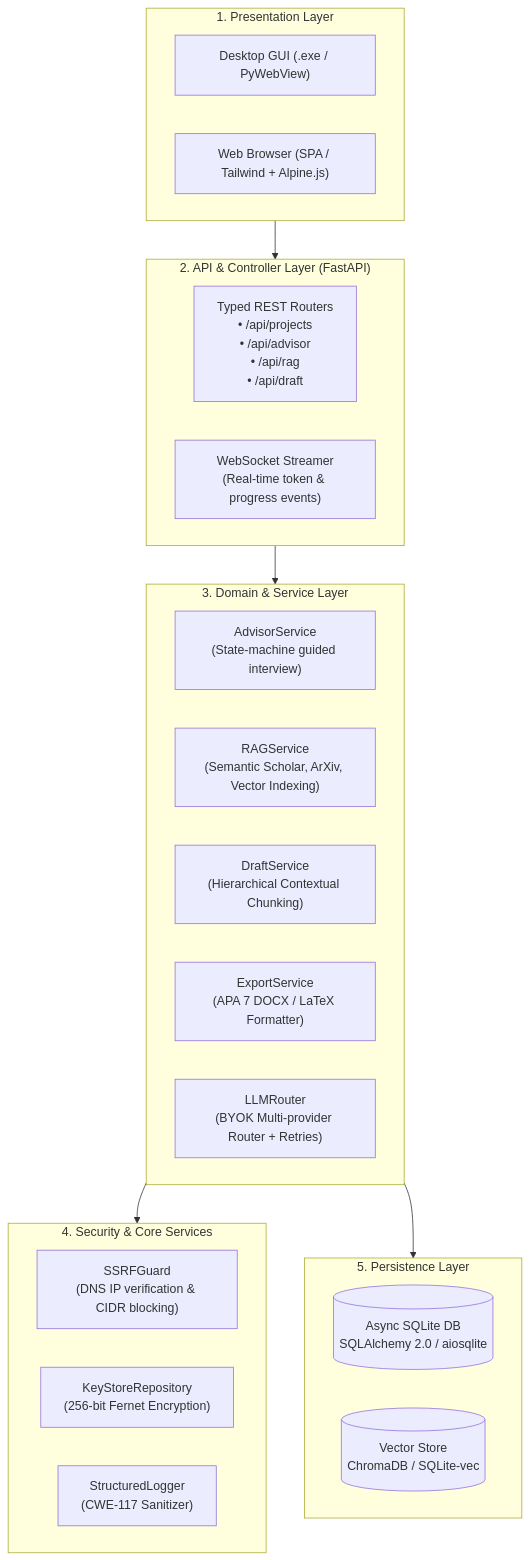
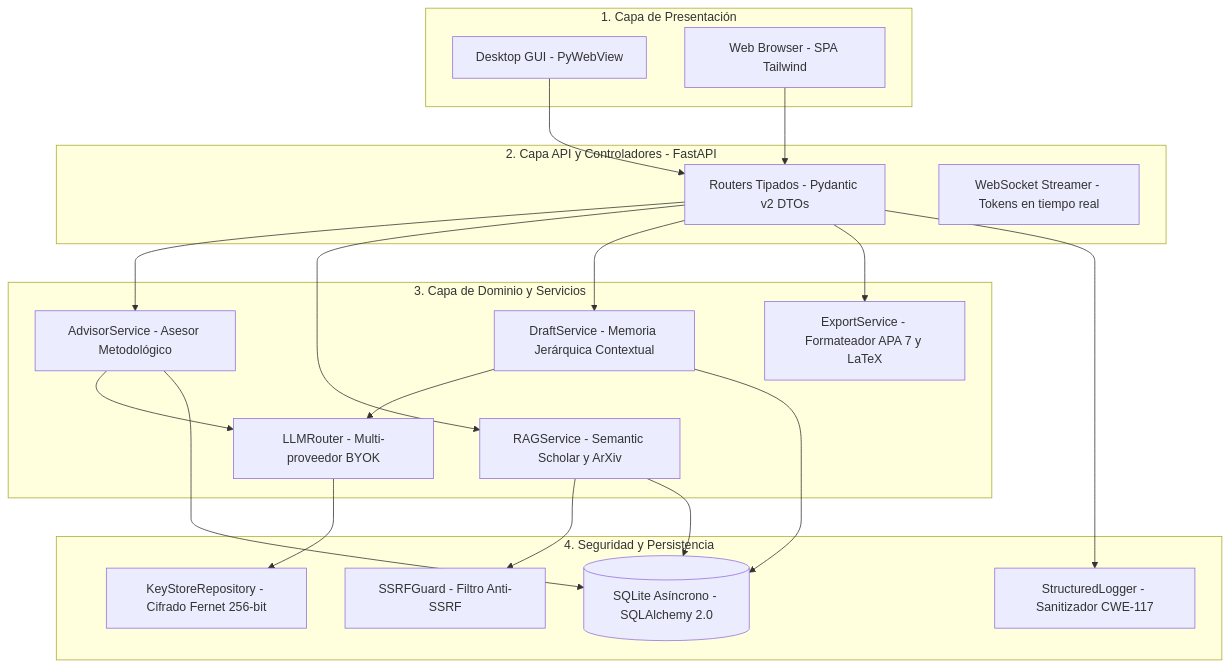
One commit to oscarbol09/thesisforge changed the first of 3 diagrams in ARCHITECTURE.md. Above: the diagram before and after it, drawn with Mermaid. The commit also changed 4 other files, not shown here.

Commit message:
fix: resolve mermaid rendering on github, fix mypy cli attribute, and enable pages workflow

````diff
--- a/ARCHITECTURE.md
+++ b/ARCHITECTURE.md
@@ -11,36 +11,42 @@
 ```mermaid
-graph TD
-    subgraph Presentation["1. Presentation Layer"]
-        DESKTOP["Desktop GUI (.exe / PyWebView)"]
-        WEB["Web Browser (SPA / Tailwind + Alpine.js)"]
+flowchart TD
+    subgraph Presentacion [1. Capa de Presentación]
+        DESK[Desktop GUI - PyWebView]
+        WEB[Web Browser - SPA Tailwind]
     end
 
-    subgraph API["2. API & Controller Layer (FastAPI)"]
-        ROUTERS["Typed REST Routers<br/>• /api/projects<br/>• /api/advisor<br/>• /api/rag<br/>• /api/draft"]
-        WS["WebSocket Streamer<br/>(Real-time token & progress events)"]
+    subgraph API [2. Capa API y Controladores - FastAPI]
+        ROUTERS[Routers Tipados - Pydantic v2 DTOs]
+        WS[WebSocket Streamer - Tokens en tiempo real]
     end
 
-    subgraph Service["3. Domain & Service Layer"]
-        ADVISOR["AdvisorService<br/>(State-machine guided interview)"]
-        RAG["RAGService<br/>(Semantic Scholar, ArXiv, Vector Indexing)"]
-        DRAFT["DraftService<br/>(Hierarchical Contextual Chunking)"]
-        EXPORT["ExportService<br/>(APA 7 DOCX / LaTeX Formatter)"]
-        LLM["LLMRouter<br/>(BYOK Multi-provider Router + Retries)"]
+    subgraph Servicios [3. Capa de Dominio y Servicios]
+        ADV[AdvisorService - Asesor Metodológico]
+        RAG[RAGService - Semantic Scholar y ArXiv]
+        DRAFT[DraftService - Memoria Jerárquica Contextual]
+        EXP[ExportService - Formateador APA 7 y LaTeX]
+        LLM[LLMRouter - Multi-proveedor BYOK]
     end
 
-    subgraph Core["4. Security & Core Services"]
-        SSRF["SSRFGuard<br/>(DNS IP verification & CIDR blocking)"]
-        VAULT["KeyStoreRepository<br/>(256-bit Fernet Encryption)"]
-        LOGGER["StructuredLogger<br/>(CWE-117 Sanitizer)"]
+    subgraph CoreSeguridad [4. Seguridad y Persistencia]
+        SSRF[SSRFGuard - Filtro Anti-SSRF]
+        VAULT[KeyStoreRepository - Cifrado Fernet 256-bit]
+        LOGGER[StructuredLogger - Sanitizador CWE-117]
+        DB[(SQLite Asíncrono - SQLAlchemy 2.0)]
     end
 
-    subgraph Persistence["5. Persistence Layer"]
-        SQLITE[("Async SQLite DB<br/>SQLAlchemy 2.0 / aiosqlite")]
-        CHROMA[("Vector Store<br/>ChromaDB / SQLite-vec")]
-    end
-
-    Presentation --> API
-    API --> Service
-    Service --> Core
-    Service --> Persistence
+    DESK --> ROUTERS
+    WEB --> ROUTERS
+    ROUTERS --> ADV
+    ROUTERS --> RAG
+    ROUTERS --> DRAFT
+    ROUTERS --> EXP
+    ROUTERS --> LOGGER
+    ADV --> LLM
+    DRAFT --> LLM
+    RAG --> SSRF
+    LLM --> VAULT
+    ADV --> DB
+    DRAFT --> DB
+    RAG --> DB
 ```
````
